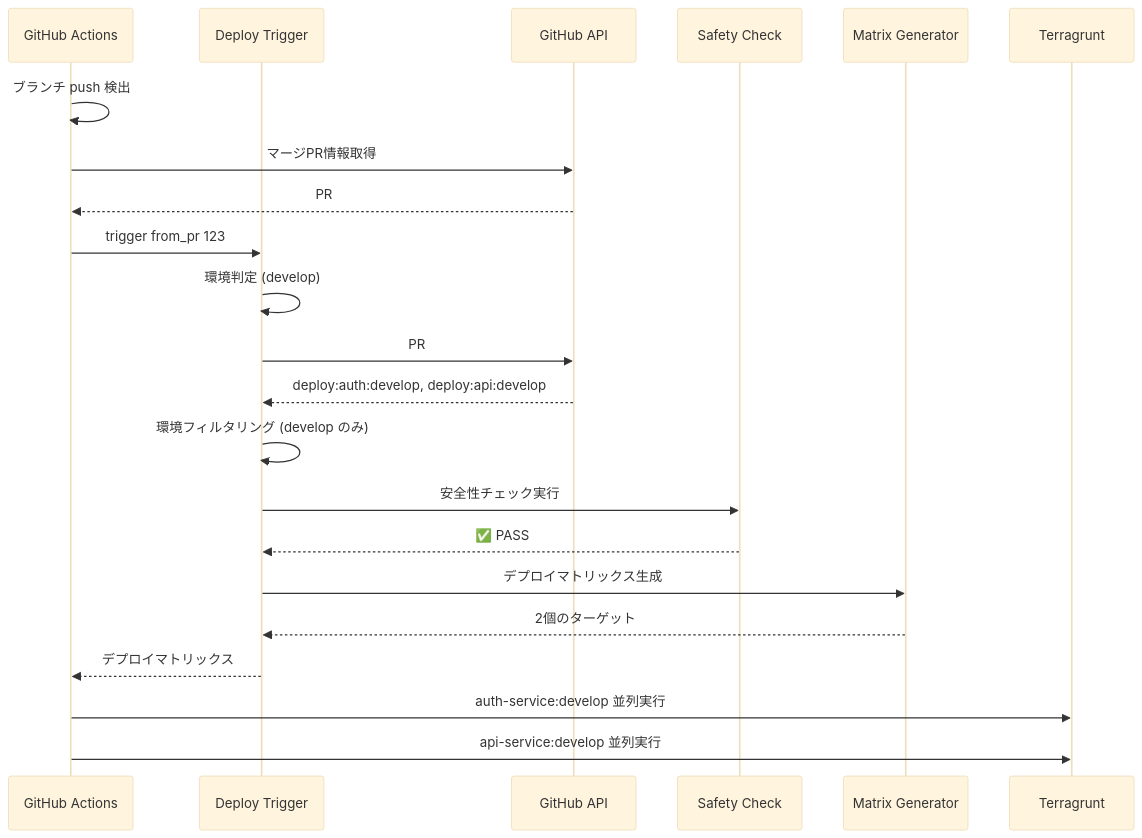
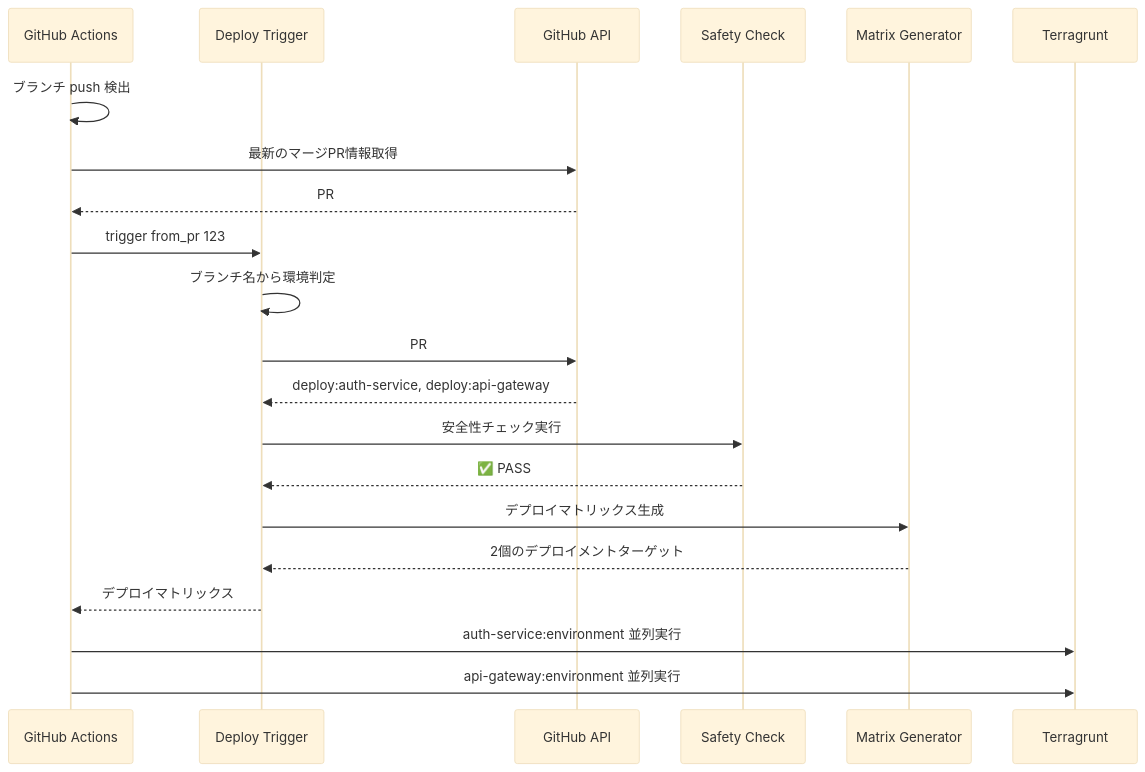
One commit to panicboat/monorepo changed the second of 4 diagrams in .github/scripts/deploy-trigger/README.md. Above: the diagram before and after it, drawn with Mermaid (base theme). The commit also changed other lines of this file and 5 other files, not shown here.

````diff
--- a/.github/scripts/deploy-trigger/README.md
+++ b/.github/scripts/deploy-trigger/README.md
@@ -36,29 +36,28 @@
 ```mermaid
 sequenceDiagram
     participant GHA as GitHub Actions
     participant DT as Deploy Trigger
     participant API as GitHub API
     participant Safety as Safety Check
     participant Matrix as Matrix Generator
     participant TG as Terragrunt
 
     GHA->>GHA: ブランチ push 検出
-    GHA->>API: マージPR情報取得
+    GHA->>API: 最新のマージPR情報取得
     API-->>GHA: PR #123 情報
     GHA->>DT: trigger from_pr 123
 
-    DT->>DT: 環境判定 (develop)
-    DT->>API: PR #123 ラベル取得
-    API-->>DT: deploy:auth:develop, deploy:api:develop
+    DT->>DT: ブランチ名から環境判定
+    DT->>API: PR #123 の deploy ラベル取得
+    API-->>DT: deploy:auth-service, deploy:api-gateway
 
-    DT->>DT: 環境フィルタリング (develop のみ)
     DT->>Safety: 安全性チェック実行
     Safety-->>DT: ✅ PASS
 
     DT->>Matrix: デプロイマトリックス生成
-    Matrix-->>DT: 2個のターゲット
+    Matrix-->>DT: 2個のデプロイメントターゲット
     DT-->>GHA: デプロイマトリックス
 
-    GHA->>TG: auth-service:develop 並列実行
-    GHA->>TG: api-service:develop 並列実行
+    GHA->>TG: auth-service:environment 並列実行
+    GHA->>TG: api-gateway:environment 並列実行
 ```
````
